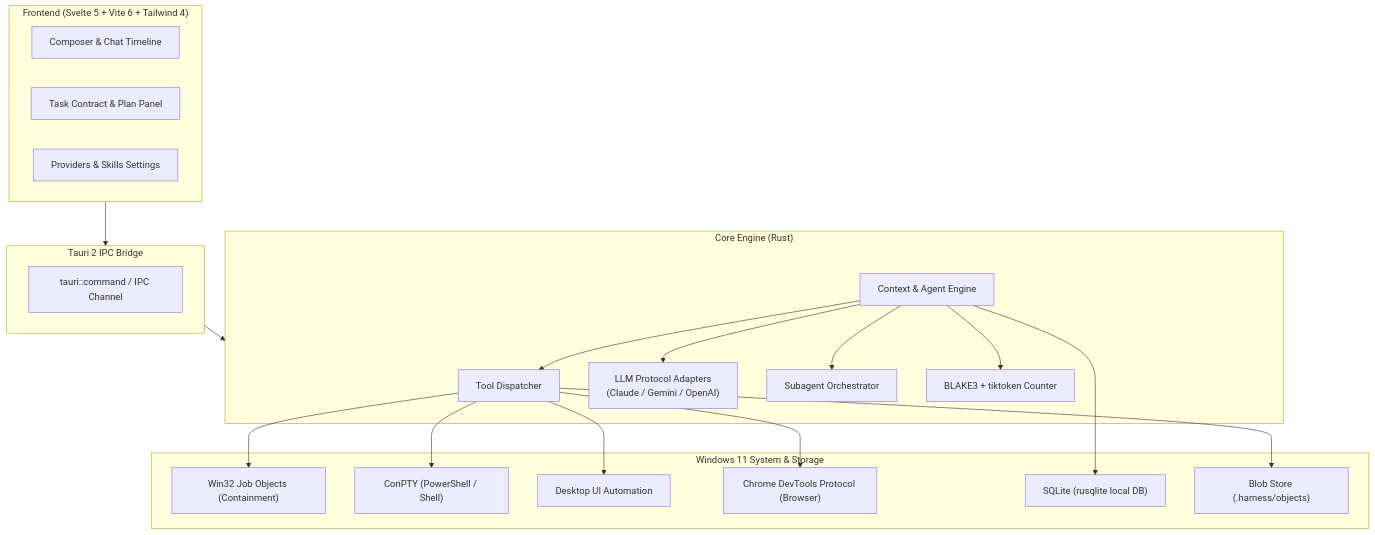
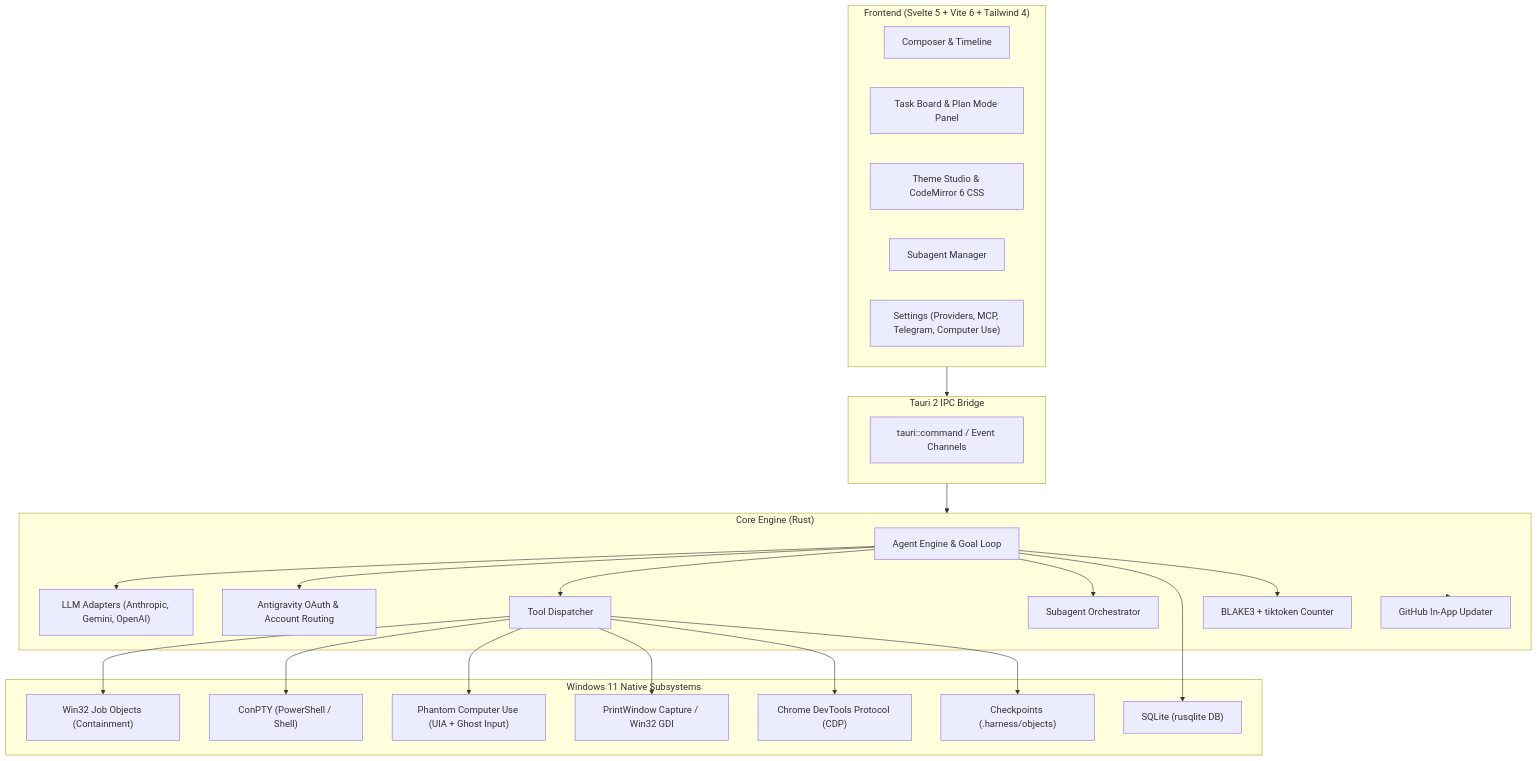
One commit to AloneLs/omni-harness changed the diagram in README.md. Above: the diagram before and after it, drawn with Mermaid. The commit also changed other lines of this file, not shown here.

Commit message:
docs: update README for v1.0.2 with phantom computer use, updater, and theme studio

````diff
--- a/README.md
+++ b/README.md
@@ -57,42 +74,50 @@
 ```mermaid
 flowchart TD
     subgraph UI ["Frontend (Svelte 5 + Vite 6 + Tailwind 4)"]
-        Composer["Composer & Chat Timeline"]
-        TodoPanel["Task Contract & Plan Panel"]
-        Settings["Providers & Skills Settings"]
+        Composer["Composer & Timeline"]
+        TaskBoard["Task Board & Plan Mode Panel"]
+        ThemeStudio["Theme Studio & CodeMirror 6 CSS"]
+        SubagentTab["Subagent Manager"]
+        Settings["Settings (Providers, MCP, Telegram, Computer Use)"]
     end
 
     subgraph IPC ["Tauri 2 IPC Bridge"]
-        Invoke["tauri::command / IPC Channel"]
+        Invoke["tauri::command / Event Channels"]
     end
 
     subgraph Backend ["Core Engine (Rust)"]
+        Engine["Agent Engine & Goal Loop"]
         Dispatcher["Tool Dispatcher"]
-        Engine["Context & Agent Engine"]
-        LLM["LLM Protocol Adapters<br/>(Claude / Gemini / OpenAI)"]
+        OAuthRouter["Antigravity OAuth & Account Routing"]
+        LLM["LLM Adapters (Anthropic, Gemini, OpenAI)"]
         Subagents["Subagent Orchestrator"]
+        Updater["GitHub In-App Updater"]
         TokenCounter["BLAKE3 + tiktoken Counter"]
     end
 
-    subgraph OS ["Windows 11 System & Storage"]
+    subgraph OS ["Windows 11 Native Subsystems"]
         WinJob["Win32 Job Objects (Containment)"]
         PTY["ConPTY (PowerShell / Shell)"]
-        UIA["Desktop UI Automation"]
-        CDP["Chrome DevTools Protocol (Browser)"]
-        SQLite["SQLite (rusqlite local DB)"]
-        BlobStore["Blob Store (.harness/objects)"]
+        Phantom["Phantom Computer Use (UIA + Ghost Input)"]
+        PrintWindow["PrintWindow Capture / Win32 GDI"]
+        CDP["Chrome DevTools Protocol (CDP)"]
+        SQLite["SQLite (rusqlite DB)"]
+        BlobStore["Checkpoints (.harness/objects)"]
     end
 
     UI --> IPC
     IPC --> Backend
     Engine --> LLM
+    Engine --> OAuthRouter
     Engine --> Dispatcher
     Engine --> Subagents
     Dispatcher --> WinJob
     Dispatcher --> PTY
-    Dispatcher --> UIA
+    Dispatcher --> Phantom
+    Dispatcher --> PrintWindow
     Dispatcher --> CDP
     Dispatcher --> BlobStore
     Engine --> SQLite
     Engine --> TokenCounter
+    Backend --> Updater
 ```
````
